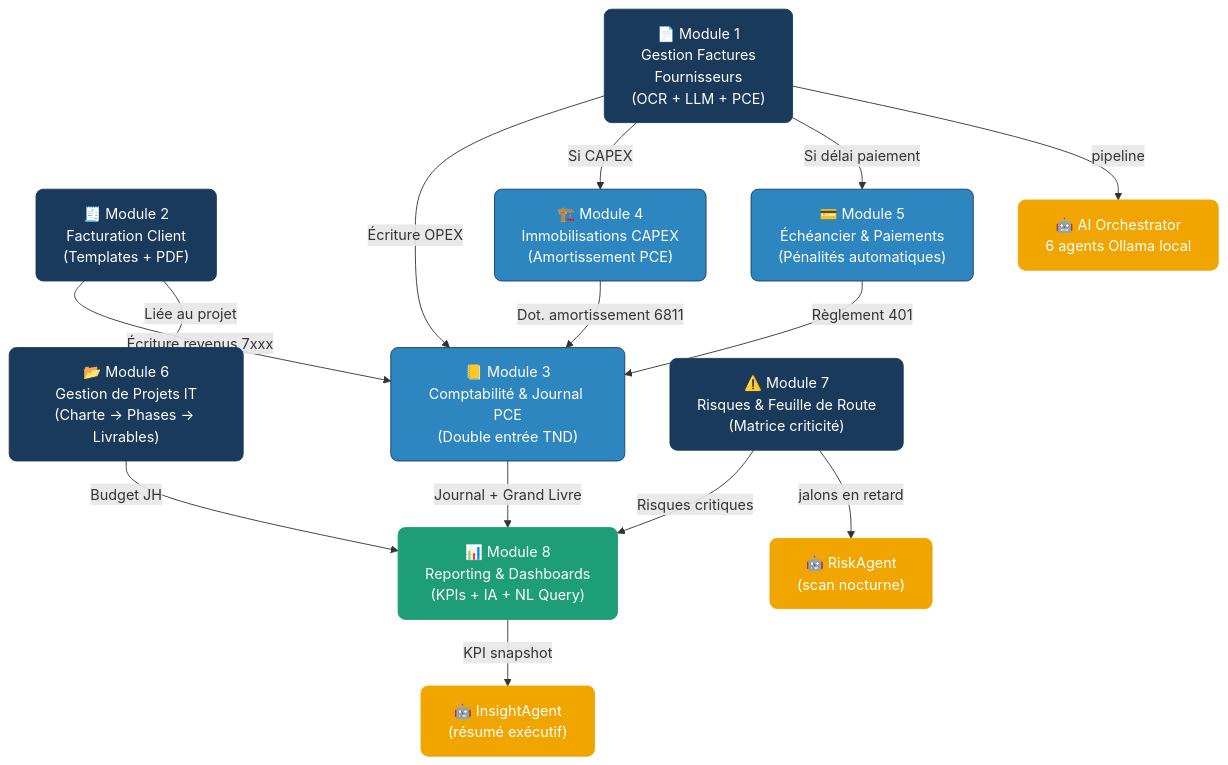
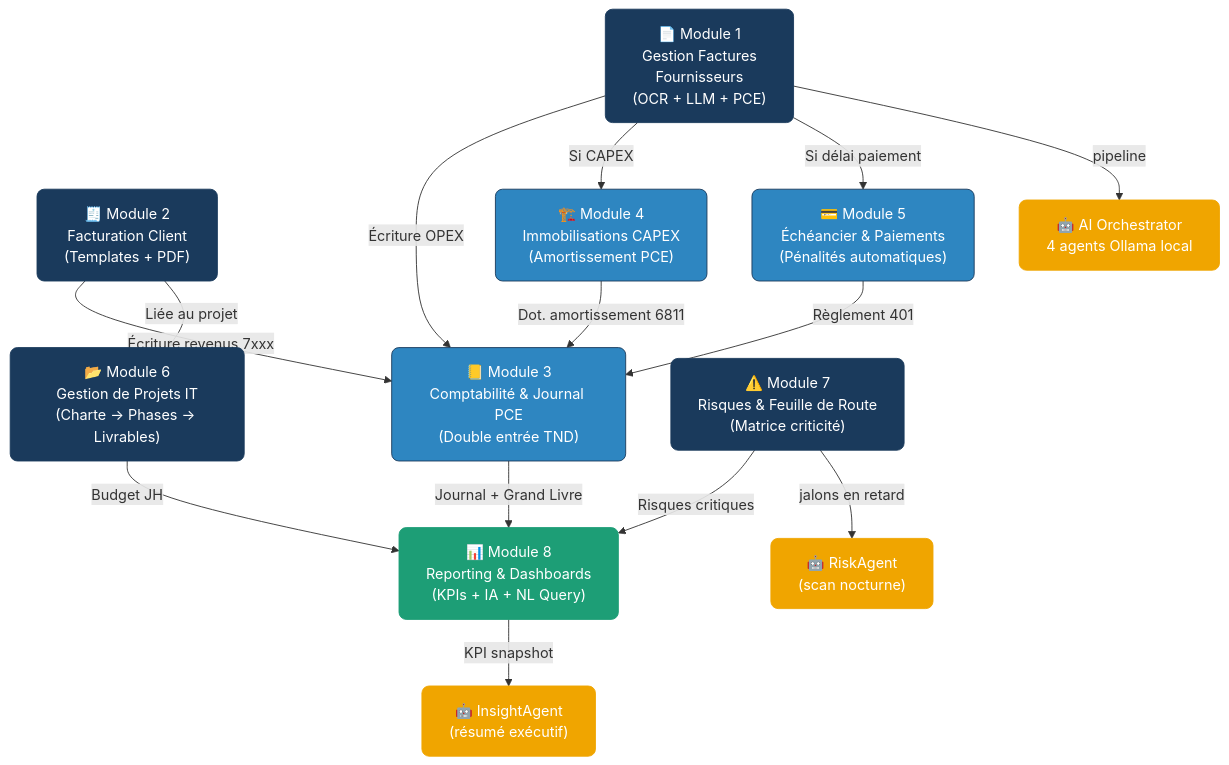
The diagram in docs/diagrams/02_architecture_fonctionnelle.md (bayaCh05/biat-billing-agent), drawn with Mermaid before and after one commit. The commit also changed 2 other files, not shown here.

Commit message:
docs(diagrams): fix agent count, React version, missing Beanie classes
- 02_architecture_fonctionnelle.md: AI Orchestrator runs 4 sync agents
  (extraction/classification/anomaly/accounting), not 6 — RiskAgent and
  InsightAgent are separate secondary flows, already shown as AI2/AI3.
- 01_architecture_technique.md: frontend is React 19, not React 18.
- class_diagram.md: add the 5 Beanie document classes with no domain
  representation anywhere in the diagram — PaymentDocument,
  PaymentInstallmentDocument (Module 5), RisqueDocument (Module 7),
  BudgetPlanDocument (Module 8), ClassificationFeedbackDocument
  (classification feedback loop) — plus their relations and module
  table entries.

````diff
--- a/docs/diagrams/02_architecture_fonctionnelle.md
+++ b/docs/diagrams/02_architecture_fonctionnelle.md
@@ -4,43 +4,43 @@
 ```mermaid
 flowchart TB
   classDef module fill:#1A3A5C,color:#fff,stroke:#1A3A5C,rx:8
   classDef flow fill:#2E86C1,color:#fff,stroke:#2E86C1
   classDef ai fill:#F0A500,color:#fff,stroke:#F0A500,rx:8
   classDef report fill:#1D9E76,color:#fff,stroke:#1D9E76,rx:8
 
   M1["📄 Module 1\nGestion Factures\nFournisseurs\n(OCR + LLM + PCE)"]:::module
   M2["🧾 Module 2\nFacturation Client\n(Templates + PDF)"]:::module
   M3["📒 Module 3\nComptabilité & Journal PCE\n(Double entrée TND)"]:::module
   M4["🏗️ Module 4\nImmobilisations CAPEX\n(Amortissement PCE)"]:::module
   M5["💳 Module 5\nÉchéancier & Paiements\n(Pénalités automatiques)"]:::module
   M6["📂 Module 6\nGestion de Projets IT\n(Charte → Phases → Livrables)"]:::module
   M7["⚠️ Module 7\nRisques & Feuille de Route\n(Matrice criticité)"]:::module
   M8["📊 Module 8\nReporting & Dashboards\n(KPIs + IA + NL Query)"]:::report
 
-  AI1["🤖 AI Orchestrator\n6 agents Ollama local"]:::ai
+  AI1["🤖 AI Orchestrator\n4 agents Ollama local"]:::ai
   AI2["🤖 RiskAgent\n(scan nocturne)"]:::ai
   AI3["🤖 InsightAgent\n(résumé exécutif)"]:::ai
 
   M1 -->|"Écriture OPEX"| M3
   M1 -->|"Si CAPEX"| M4
   M1 -->|"Si délai paiement"| M5
   M2 -->|"Écriture revenus 7xxx"| M3
   M2 -->|"Liée au projet"| M6
   M4 -->|"Dot. amortissement 6811"| M3
   M5 -->|"Règlement 401"| M3
   M6 -->|"Budget JH"| M8
   M7 -->|"Risques critiques"| M8
   M3 -->|"Journal + Grand Livre"| M8
   M1 -->|"pipeline"| AI1
   M7 -->|"jalons en retard"| AI2
   M8 -->|"KPI snapshot"| AI3
 
   style M1 fill:#1A3A5C,color:#fff
   style M2 fill:#1A3A5C,color:#fff
   style M3 fill:#2E86C1,color:#fff
   style M4 fill:#2E86C1,color:#fff
   style M5 fill:#2E86C1,color:#fff
   style M6 fill:#1A3A5C,color:#fff
   style M7 fill:#1A3A5C,color:#fff
   style M8 fill:#1D9E76,color:#fff
 ```
````
